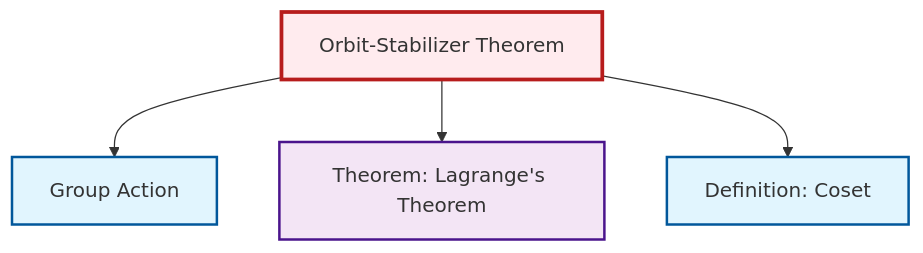
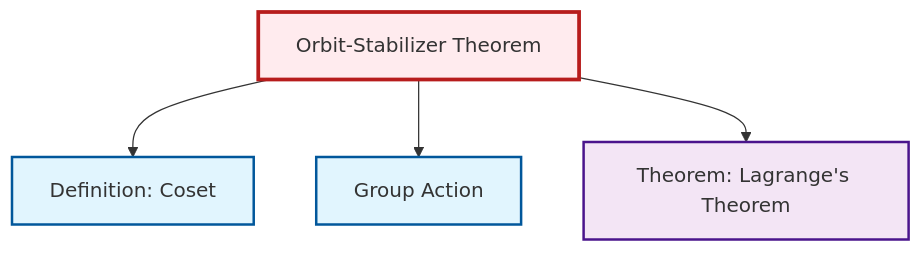
The diagram in output/mermaid/thm-orbit-stabilizer.mermaid (RK0429/ModernMath), drawn with Mermaid before and after one commit. The commit also changed other lines of this file and 615 other files, not shown here.

```diff
--- a/output/mermaid/thm-orbit-stabilizer.mermaid
+++ b/output/mermaid/thm-orbit-stabilizer.mermaid
@@ -1,15 +1,15 @@
 %%| fig-cap: "Local dependency graph"
 graph TD
     classDef definition fill:#e1f5fe,stroke:#01579b,stroke-width:2px
     classDef theorem fill:#f3e5f5,stroke:#4a148c,stroke-width:2px
     classDef axiom fill:#fff3e0,stroke:#e65100,stroke-width:2px
     classDef example fill:#e8f5e9,stroke:#1b5e20,stroke-width:2px
     classDef current fill:#ffebee,stroke:#b71c1c,stroke-width:3px
+    thm-orbit-stabilizer["Orbit-Stabilizer Theorem"]:::theorem
     def-coset["Definition: Coset"]:::definition
-    thm-orbit-stabilizer["Orbit-Stabilizer Theorem"]:::theorem
     thm-lagrange["Theorem: Lagrange's Theorem"]:::theorem
     def-group-action["Group Action"]:::definition
+    thm-orbit-stabilizer --> def-coset
     thm-orbit-stabilizer --> def-group-action
     thm-orbit-stabilizer --> thm-lagrange
-    thm-orbit-stabilizer --> def-coset
     class thm-orbit-stabilizer current
```
